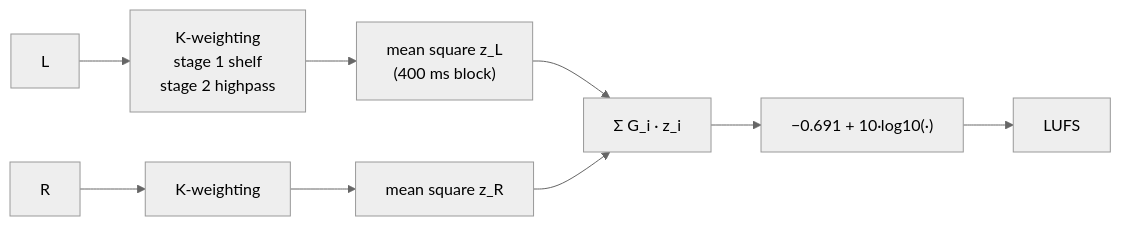
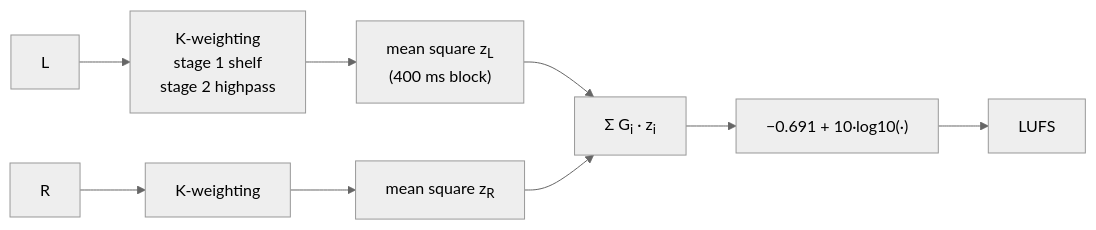
The first of 4 diagrams in lessons/11-metering-fft/README.md (TomHsieh300/DAW-for-fun), drawn with Mermaid (neutral theme) before and after one commit. The commit also changed other lines of this file and 19 other files, not shown here.

First line of the commit message:
lessons: typeset subscripts and superscripts in Mermaid labels

````diff
--- a/lessons/11-metering-fft/README.md
+++ b/lessons/11-metering-fft/README.md
@@ -188,8 +188,8 @@
 ```mermaid
 flowchart LR
-    L["L"] --> KL["K-weighting<br/>stage 1 shelf<br/>stage 2 highpass"] --> ML["mean square z_L<br/>(400 ms block)"]
-    R["R"] --> KR["K-weighting"] --> MR["mean square z_R"]
-    ML --> S["Σ G_i · z_i"]
+    L["L"] --> KL["K-weighting<br/>stage 1 shelf<br/>stage 2 highpass"] --> ML["mean square z<sub>L</sub><br/>(400 ms block)"]
+    R["R"] --> KR["K-weighting"] --> MR["mean square z<sub>R</sub>"]
+    ML --> S["Σ G<sub>i</sub> · z<sub>i</sub>"]
     MR --> S
     S --> LU["−0.691 + 10·log10(·)"] --> OUT["LUFS"]
 ```
````
